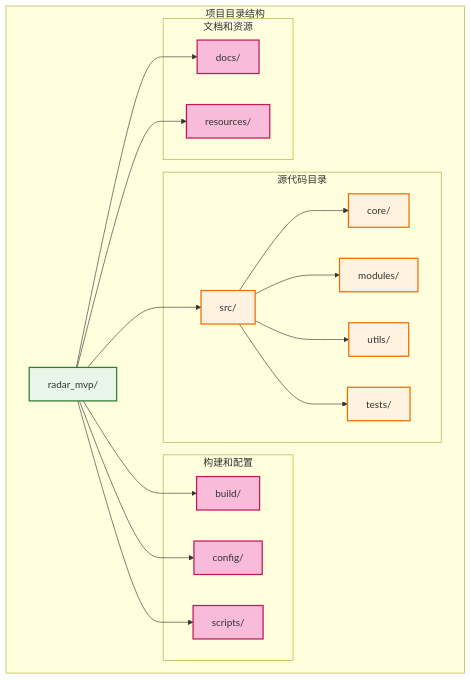
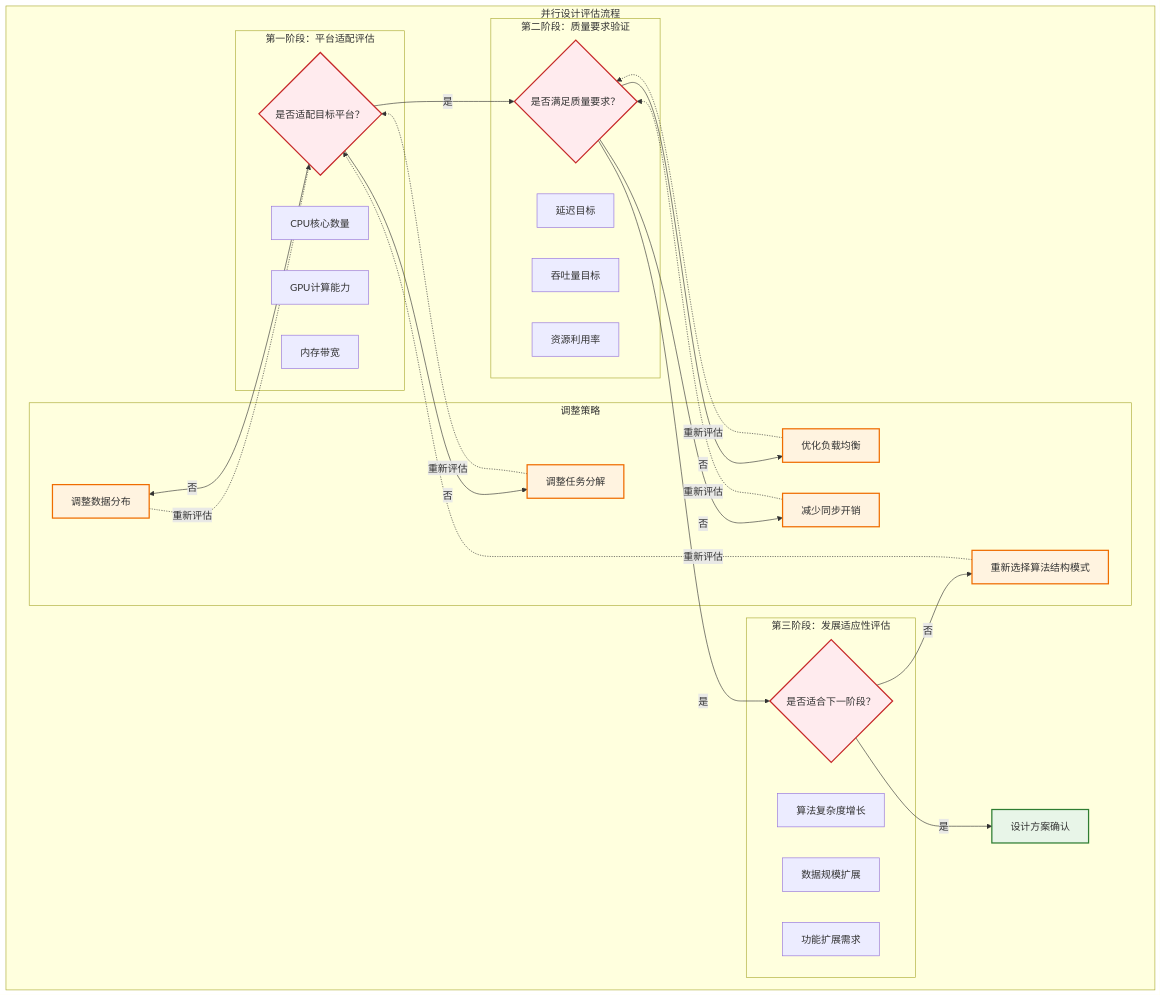
Before and after one commit to wendizhou99-cell/Radar: diagram 18 of 51 in docs/01_项目设计/MVP系统设计文档.md, drawn with Mermaid. The commit also changed other lines of this file and 208 other files, not shown here.

````diff
--- a/docs/01_项目设计/MVP系统设计文档.md
+++ b/docs/01_项目设计/MVP系统设计文档.md
@@ -1227,45 +1300,62 @@
 ```mermaid
-graph TB
-    subgraph "项目目录结构"
-        ROOT[radar_mvp/]
+flowchart LR
+    subgraph "并行设计评估流程"
+        direction LR
 
-        subgraph "源代码目录"
-            SRC[src/]
-            CORE[core/]
-            MODULES[modules/]
-            UTILS[utils/]
-            TESTS[tests/]
+        subgraph "第一阶段：平台适配评估"
+            PLATFORM_CHECK{是否适配目标平台？}
+            CPU_CORES[CPU核心数量]
+            GPU_CAPABILITY[GPU计算能力]
+            MEMORY_BANDWIDTH[内存带宽]
         end
 
-        subgraph "构建和配置"
-            BUILD[build/]
-            CONFIG[config/]
-            SCRIPTS[scripts/]
+        subgraph "第二阶段：质量要求验证"
+            QUALITY_CHECK{是否满足质量要求？}
+            LATENCY_TARGET[延迟目标]
+            THROUGHPUT_TARGET[吞吐量目标]
+            RESOURCE_UTILIZATION[资源利用率]
         end
 
-        subgraph "文档和资源"
-            DOCS[docs/]
-            RESOURCES[resources/]
+        subgraph "第三阶段：发展适应性评估"
+            EVOLUTION_CHECK{是否适合下一阶段？}
+            ALGORITHM_COMPLEXITY[算法复杂度增长]
+            DATA_SCALE[数据规模扩展]
+            FEATURE_EXTENSION[功能扩展需求]
         end
 
-        ROOT --> SRC
-        ROOT --> BUILD
-        ROOT --> CONFIG
-        ROOT --> SCRIPTS
-        ROOT --> DOCS
-        ROOT --> RESOURCES
+        subgraph "调整策略"
+            ADJUST_DATA_DIST[调整数据分布]
+            ADJUST_TASK_DECOMP[调整任务分解]
+            OPTIMIZE_LOAD_BALANCE[优化负载均衡]
+            REDUCE_SYNC_OVERHEAD[减少同步开销]
+            CHANGE_PATTERN[重新选择算法结构模式]
+        end
 
-        SRC --> CORE
-        SRC --> MODULES
-        SRC --> UTILS
-        SRC --> TESTS
+        %% 决策流程
+        PLATFORM_CHECK -->|否| ADJUST_DATA_DIST
+        PLATFORM_CHECK -->|否| ADJUST_TASK_DECOMP
+        PLATFORM_CHECK -->|是| QUALITY_CHECK
+
+        QUALITY_CHECK -->|否| OPTIMIZE_LOAD_BALANCE
+        QUALITY_CHECK -->|否| REDUCE_SYNC_OVERHEAD
+        QUALITY_CHECK -->|是| EVOLUTION_CHECK
+
+        EVOLUTION_CHECK -->|否| CHANGE_PATTERN
+        EVOLUTION_CHECK -->|是| SUCCESS[设计方案确认]
+
+        %% 调整后重新评估
+        ADJUST_DATA_DIST -.->|重新评估| PLATFORM_CHECK
+        ADJUST_TASK_DECOMP -.->|重新评估| PLATFORM_CHECK
+        OPTIMIZE_LOAD_BALANCE -.->|重新评估| QUALITY_CHECK
+        REDUCE_SYNC_OVERHEAD -.->|重新评估| QUALITY_CHECK
+        CHANGE_PATTERN -.->|重新评估| PLATFORM_CHECK
     end
 
-    classDef main fill:#e8f5e8,stroke:#2e7d32,stroke-width:2px
-    classDef src fill:#fff3e0,stroke:#ef6c00,stroke-width:2px
-    classDef config fill:#f8bbd9,stroke:#c2185b,stroke-width:2px
+    classDef check fill:#ffebee,stroke:#c62828,stroke-width:2px
+    classDef adjust fill:#fff3e0,stroke:#ef6c00,stroke-width:2px
+    classDef success fill:#e8f5e8,stroke:#2e7d32,stroke-width:2px
 
-    class ROOT main
-    class SRC,CORE,MODULES,UTILS,TESTS src
-    class BUILD,CONFIG,SCRIPTS,DOCS,RESOURCES config
+    class PLATFORM_CHECK,QUALITY_CHECK,EVOLUTION_CHECK check
+    class ADJUST_DATA_DIST,ADJUST_TASK_DECOMP,OPTIMIZE_LOAD_BALANCE,REDUCE_SYNC_OVERHEAD,CHANGE_PATTERN adjust
+    class SUCCESS success
 ```
````
